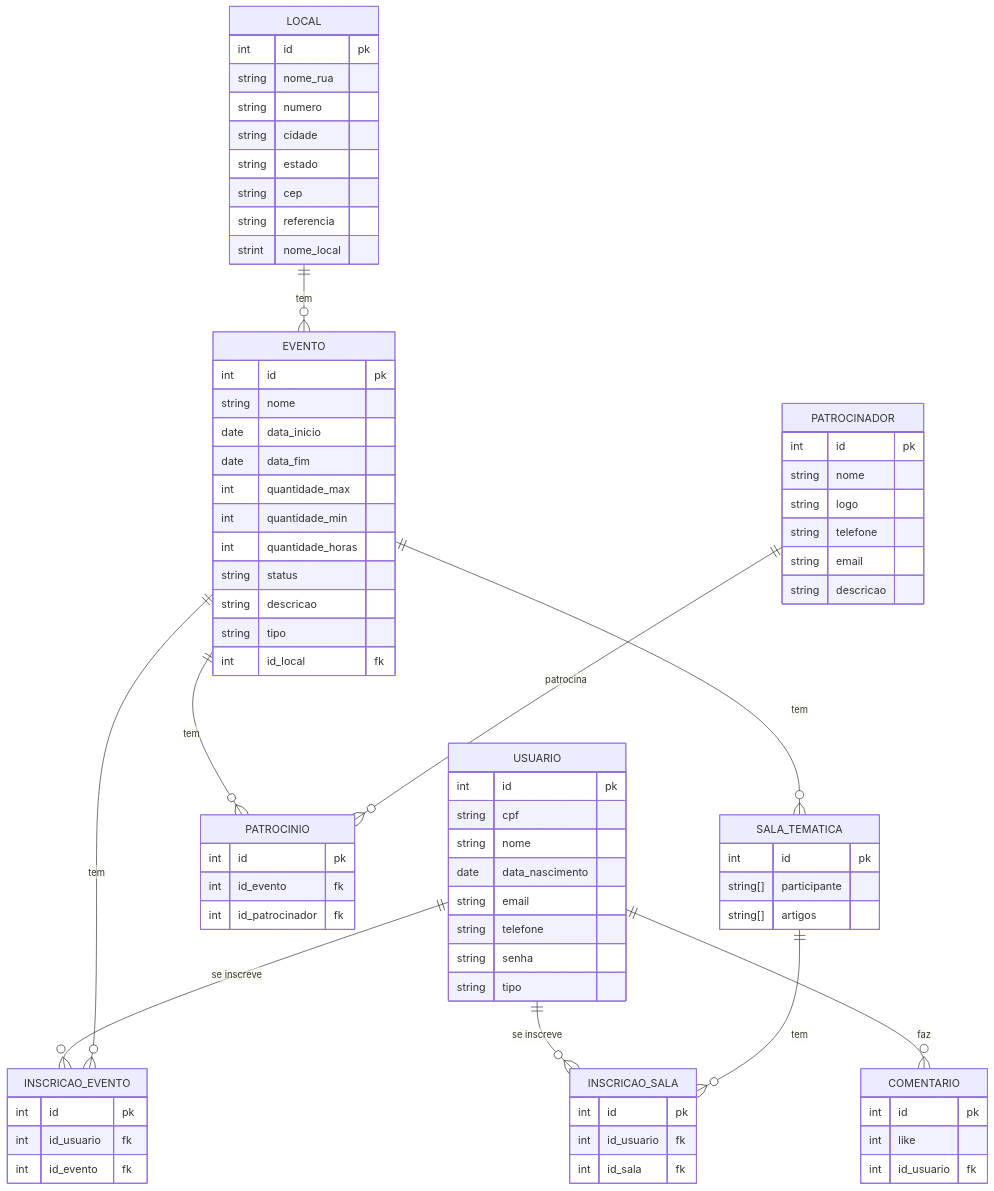
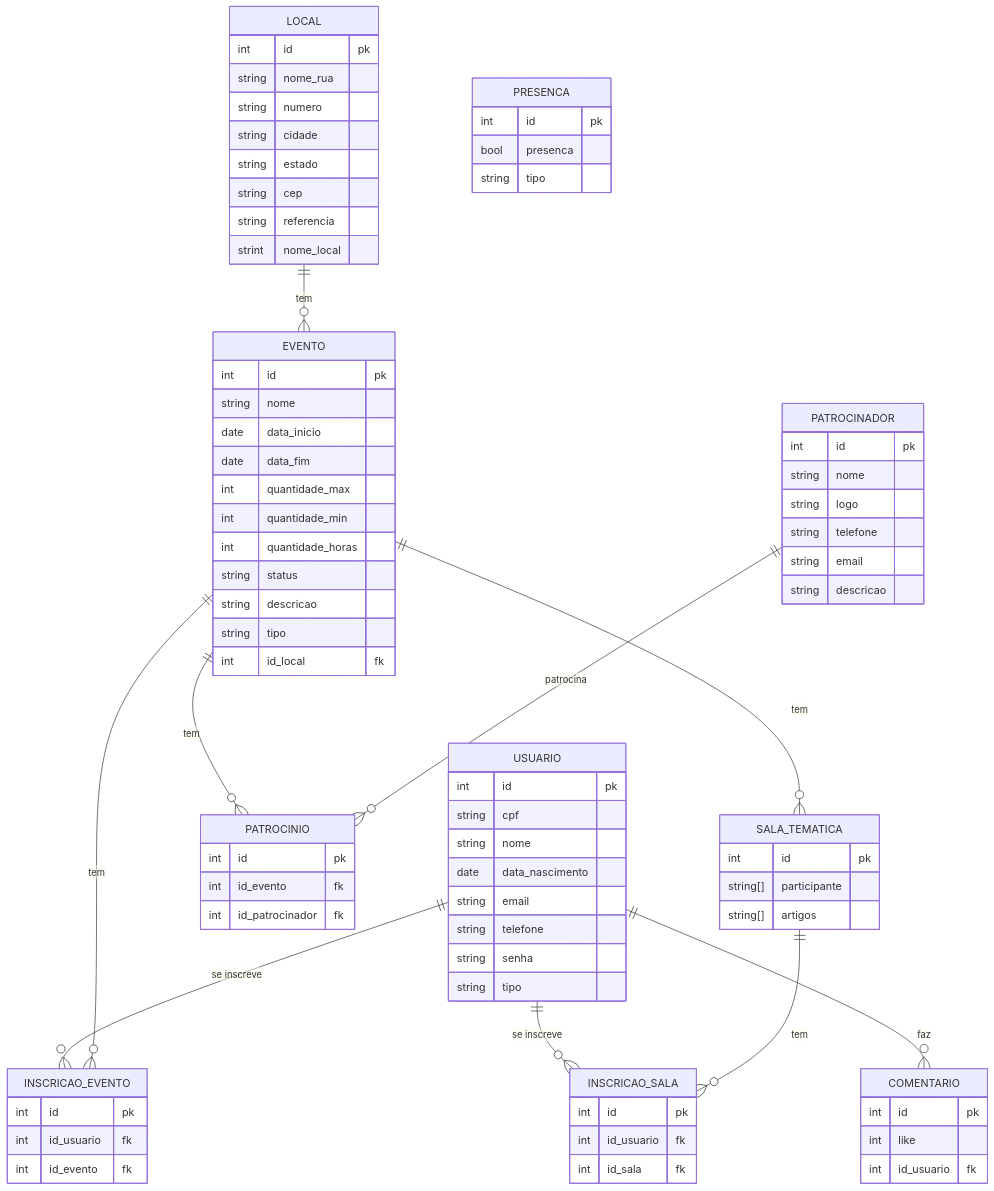
The diagram in docs/doc-visao.md (tallysdev/eventSync), drawn with Mermaid before and after one commit.

Commit message:
docs: add "PRESENCA" no modelo ER #32

```diff
--- a/docs/doc-visao.md
+++ b/docs/doc-visao.md
@@ -189,6 +189,12 @@
         int id_sala fk
     }
 
+    PRESENCA {
+        int id pk
+        bool presenca
+        string tipo
+    }
+
     USUARIO ||--o{ INSCRICAO_EVENTO : "se inscreve"
 
     EVENTO ||--o{ INSCRICAO_EVENTO : "tem"
```
